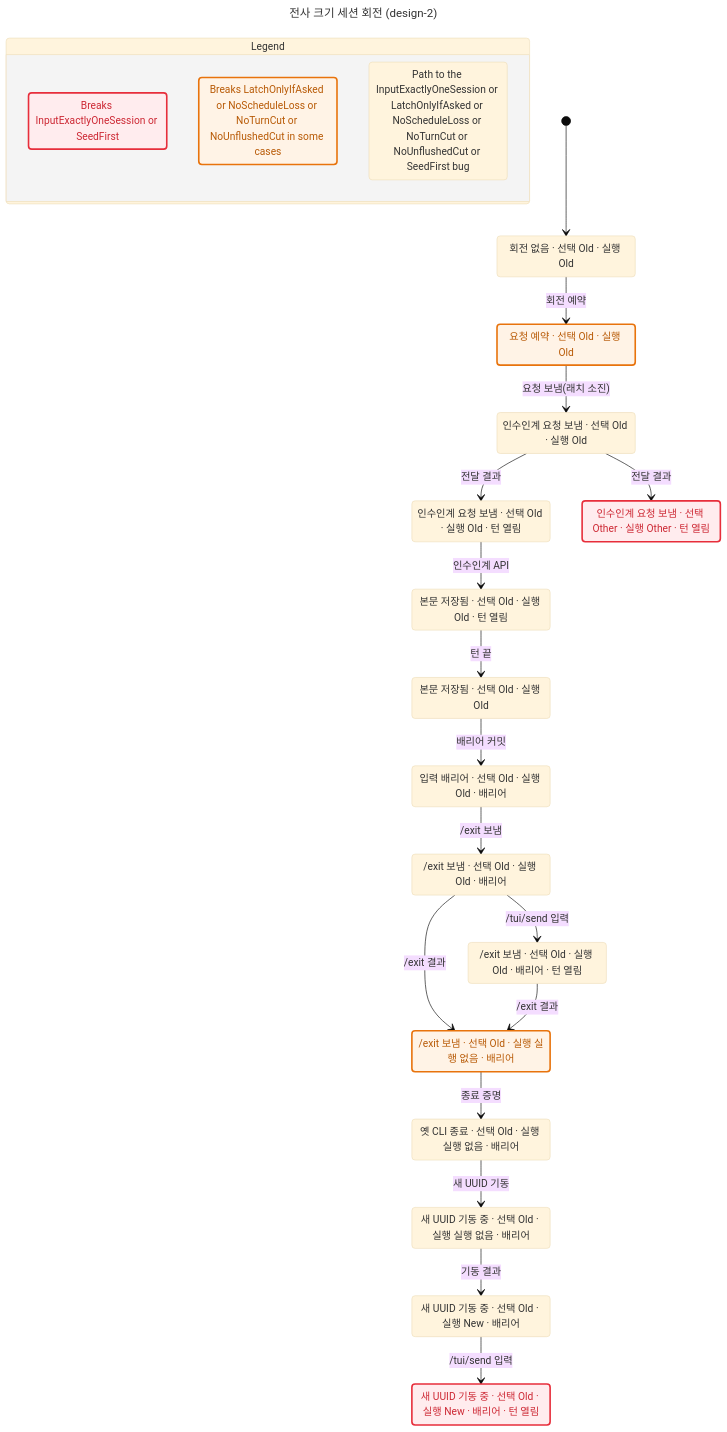
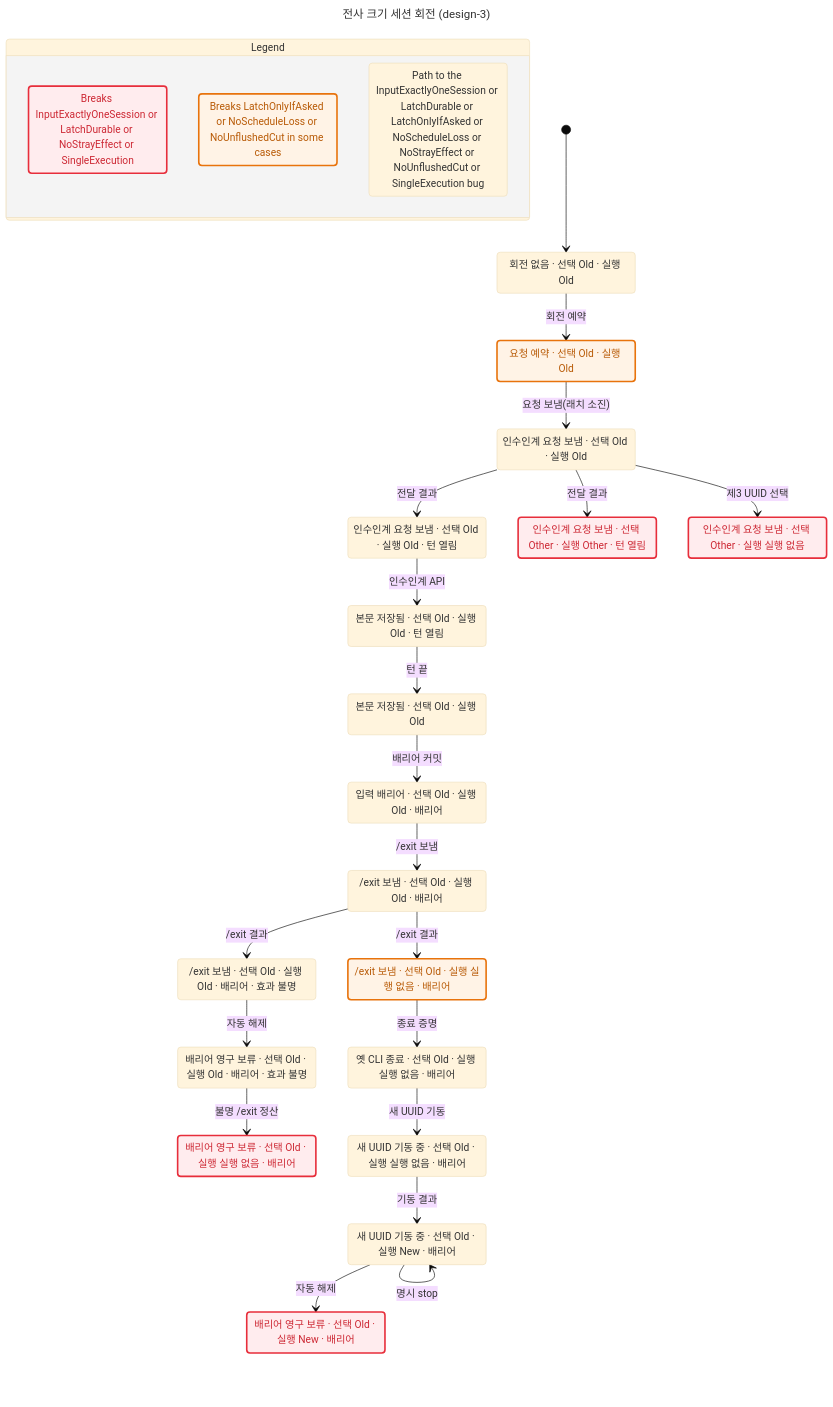
Before and after one commit to itismyfield/AgentDesk: the diagram in docs/statecharts/session-rotation/session-rotation-before.chart.mmd, drawn with Mermaid (base theme). The commit also changed 29 other files, not shown here.

First line of the commit message:
docs(statecharts): session-rotation design-3 model

```diff
--- a/docs/statecharts/session-rotation/session-rotation-before.chart.mmd
+++ b/docs/statecharts/session-rotation/session-rotation-before.chart.mmd
@@ -1,64 +1,75 @@
 ---
-title: "전사 크기 세션 회전 (design-2)"
+title: "전사 크기 세션 회전 (design-3)"
 ---
 stateDiagram-v2
   state "Legend" as legend {
-    lg0: Breaks InputExactlyOneSession or SeedFirst
-    lg1: Breaks LatchOnlyIfAsked or NoScheduleLoss or NoTurnCut or NoUnflushedCut in some cases
-    lg2: Path to the InputExactlyOneSession or LatchOnlyIfAsked or NoScheduleLoss or NoTurnCut or NoUnflushedCut or SeedFirst bug
+    lg0: Breaks InputExactlyOneSession or LatchDurable or NoStrayEffect or SingleExecution
+    lg1: Breaks LatchOnlyIfAsked or NoScheduleLoss or NoUnflushedCut in some cases
+    lg2: Path to the InputExactlyOneSession or LatchDurable or LatchOnlyIfAsked or NoScheduleLoss or NoStrayEffect or NoUnflushedCut or SingleExecution bug
   }
   class lg0 breaks
   class lg1 mayBreak
   class lg2 bugPath
   s0: 회전 없음 #183; 선택 Old #183; 실행 Old
   s1: 요청 예약 #183; 선택 Old #183; 실행 Old
   s2: 인수인계 요청 보냄 #183; 선택 Old #183; 실행 Old
   s3: 인수인계 요청 보냄 #183; 선택 Old #183; 실행 Old #183; 턴 열림
   s4: 인수인계 요청 보냄 #183; 선택 Other #183; 실행 Other #183; 턴 열림
-  s5: 본문 저장됨 #183; 선택 Old #183; 실행 Old #183; 턴 열림
-  s6: 본문 저장됨 #183; 선택 Old #183; 실행 Old
-  s7: 입력 배리어 #183; 선택 Old #183; 실행 Old #183; 배리어
-  s8: /exit 보냄 #183; 선택 Old #183; 실행 Old #183; 배리어
-  s9: /exit 보냄 #183; 선택 Old #183; 실행 실행 없음 #183; 배리어
-  s10: /exit 보냄 #183; 선택 Old #183; 실행 Old #183; 배리어 #183; 턴 열림
-  s11: 옛 CLI 종료 #183; 선택 Old #183; 실행 실행 없음 #183; 배리어
-  s12: 새 UUID 기동 중 #183; 선택 Old #183; 실행 실행 없음 #183; 배리어
-  s13: 새 UUID 기동 중 #183; 선택 Old #183; 실행 New #183; 배리어
-  s14: 새 UUID 기동 중 #183; 선택 Old #183; 실행 New #183; 배리어 #183; 턴 열림
+  s5: 인수인계 요청 보냄 #183; 선택 Other #183; 실행 실행 없음
+  s6: 본문 저장됨 #183; 선택 Old #183; 실행 Old #183; 턴 열림
+  s7: 본문 저장됨 #183; 선택 Old #183; 실행 Old
+  s8: 입력 배리어 #183; 선택 Old #183; 실행 Old #183; 배리어
+  s9: /exit 보냄 #183; 선택 Old #183; 실행 Old #183; 배리어
+  s10: /exit 보냄 #183; 선택 Old #183; 실행 실행 없음 #183; 배리어
+  s11: /exit 보냄 #183; 선택 Old #183; 실행 Old #183; 배리어 #183; 효과 불명
+  s12: 옛 CLI 종료 #183; 선택 Old #183; 실행 실행 없음 #183; 배리어
+  s13: 배리어 영구 보류 #183; 선택 Old #183; 실행 Old #183; 배리어 #183; 효과 불명
+  s14: 배리어 영구 보류 #183; 선택 Old #183; 실행 실행 없음 #183; 배리어
+  s15: 새 UUID 기동 중 #183; 선택 Old #183; 실행 실행 없음 #183; 배리어
+  s16: 새 UUID 기동 중 #183; 선택 Old #183; 실행 New #183; 배리어
+  s17: 배리어 영구 보류 #183; 선택 Old #183; 실행 New #183; 배리어
   [*] --> s0
   s0 --> s1: 회전 예약
   s1 --> s2: 요청 보냄(래치 소진)
   s2 --> s3: 전달 결과
   s2 --> s4: 전달 결과
-  s3 --> s5: 인수인계 API
-  s5 --> s6: 턴 끝
-  s6 --> s7: 배리어 커밋
-  s7 --> s8: /exit 보냄
-  s8 --> s9: /exit 결과
-  s8 --> s10: /tui/send 입력
-  s9 --> s11: 종료 증명
-  s10 --> s9: /exit 결과
-  s11 --> s12: 새 UUID 기동
-  s12 --> s13: 기동 결과
-  s13 --> s14: /tui/send 입력
+  s2 --> s5: 제3 UUID 선택
+  s3 --> s6: 인수인계 API
+  s6 --> s7: 턴 끝
+  s7 --> s8: 배리어 커밋
+  s8 --> s9: /exit 보냄
+  s9 --> s10: /exit 결과
+  s9 --> s11: /exit 결과
+  s10 --> s12: 종료 증명
+  s11 --> s13: 자동 해제
+  s12 --> s15: 새 UUID 기동
+  s13 --> s14: 불명 /exit 정산
+  s15 --> s16: 기동 결과
+  s16 --> s16: 명시 stop
+  s16 --> s17: 자동 해제
   classDef breaks fill:#ffecee,stroke:#e72e3b,stroke-width:2.5px,color:#cd2834
   classDef mayBreak fill:#fff3e6,stroke:#e8730c,stroke-width:2.5px,color:#b85a06
   class s0 bugPath
   class s1 mayBreak
   class s1 bugPath
   class s2 bugPath
   class s3 bugPath
   class s4 breaks
   class s4 bugPath
+  class s5 breaks
   class s5 bugPath
   class s6 bugPath
   class s7 bugPath
   class s8 bugPath
-  class s9 mayBreak
   class s9 bugPath
+  class s10 mayBreak
   class s10 bugPath
   class s11 bugPath
   class s12 bugPath
   class s13 bugPath
   class s14 breaks
   class s14 bugPath
+  class s15 bugPath
+  class s16 bugPath
+  class s17 breaks
+  class s17 bugPath
```
